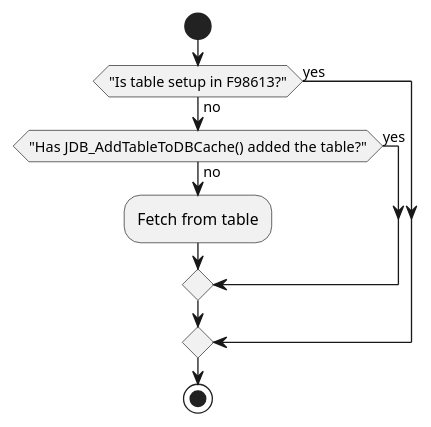
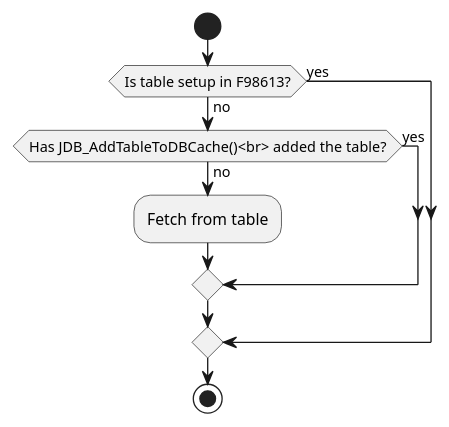
The diagram in Courses/JDE Cache/E1 Cache Concepts – JDB Cache – Part 2 .md (GiovaniPM/DMNTests), drawn with PlantUML before and after one commit.

Commit message:
giova(DESKTOP-PG18CKU) 210220100551

````diff
--- a/Courses/JDE Cache/E1 Cache Concepts – JDB Cache – Part 2 .md
+++ b/Courses/JDE Cache/E1 Cache Concepts – JDB Cache – Part 2 .md
@@ -22,15 +22,15 @@
 ``` plantuml
 @startuml
 start
 
-if ("Is table setup in F98613?") then (yes)
+if (Is table setup in F98613?) then (yes)
 else (no)
-    if ("Has JDB_AddTableToDBCache() added the table?") then (yes)
+    if (Has JDB_AddTableToDBCache()<br> added the table?) then (yes)
     else (no)
         :Fetch from table;
     endif
 endif
 
 stop
 @enduml
 ```
````
